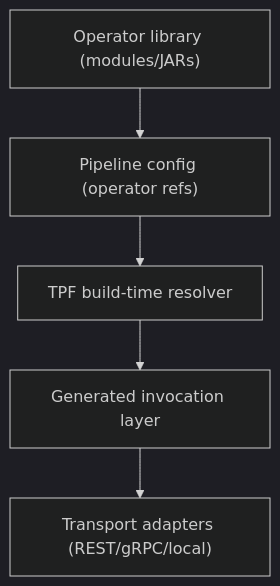
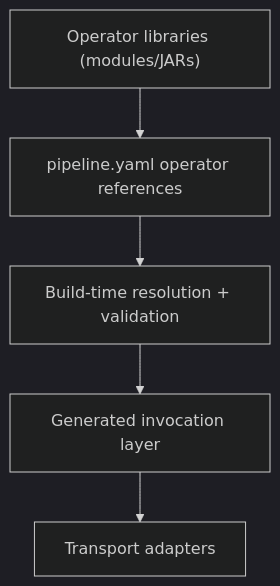
One commit to The-Pipeline-Framework/pipelineframework changed the first of 2 diagrams in docs/guide/build/operators-architecture.md. Above: the diagram before and after it, drawn with Mermaid (dark theme). The commit also changed other lines of this file and 5 other files, not shown here.

Commit message:
docs(operators): refresh guide content with current behavior and diagrams

````diff
--- a/docs/guide/build/operators-architecture.md
+++ b/docs/guide/build/operators-architecture.md
@@ -5,7 +5,7 @@
 ```mermaid
 flowchart TD
-  A["Operator library (modules/JARs)"] --> B["Pipeline config (operator refs)"]
-  B --> C["TPF build-time resolver"]
+  A["Operator libraries (modules/JARs)"] --> B["pipeline.yaml operator references"]
+  B --> C["Build-time resolution + validation"]
   C --> D["Generated invocation layer"]
-  D --> E["Transport adapters (REST/gRPC/local)"]
+  D --> E["Transport adapters"]
 ```
````
